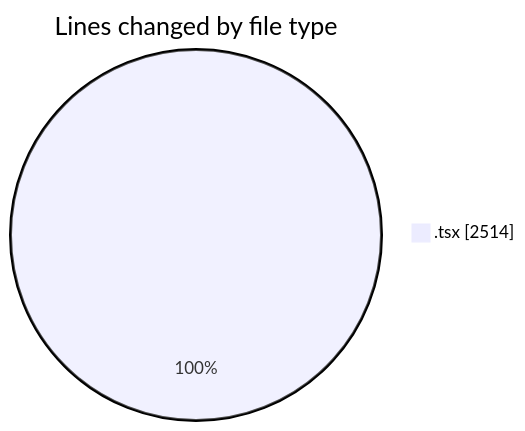
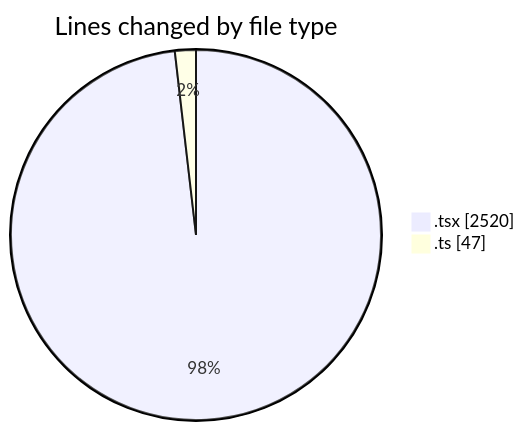
One commit to momahboobian/code-tracking changed the first of 2 diagrams in 2025-09-23/cda/README.md. Above: the diagram before and after it, drawn with Mermaid. The commit also changed other lines of this file and 1 other file, not shown here.

````diff
--- a/2025-09-23/cda/README.md
+++ b/2025-09-23/cda/README.md
@@ -22,5 +23,6 @@
 ```mermaid
 pie showData
 title Lines changed by file type
-".tsx" : 2514
+".tsx" : 2520
+".ts" : 47
 ```
````
